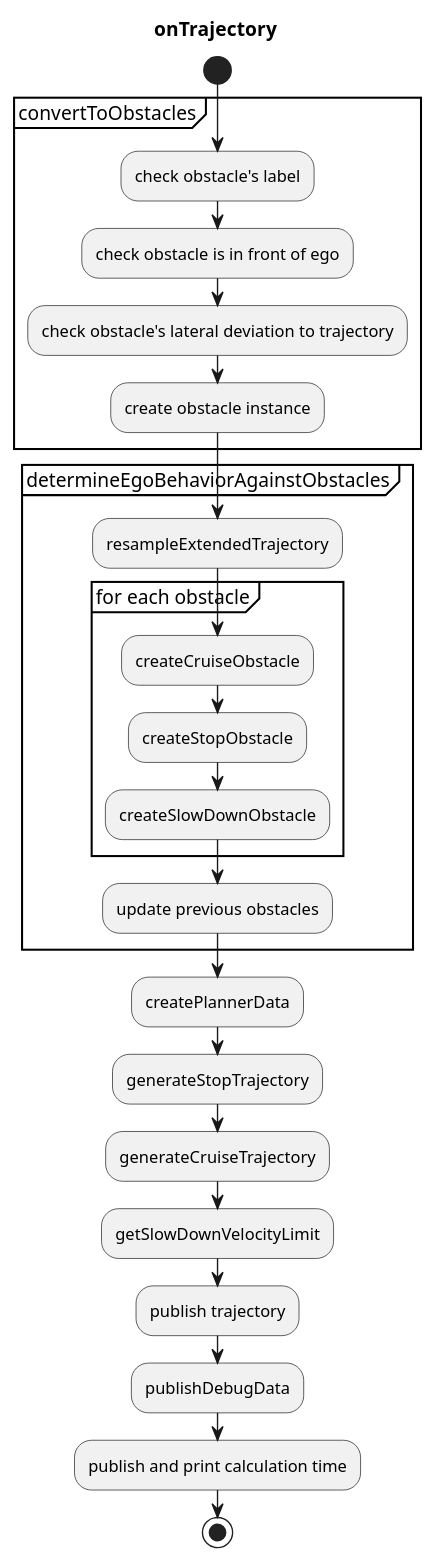
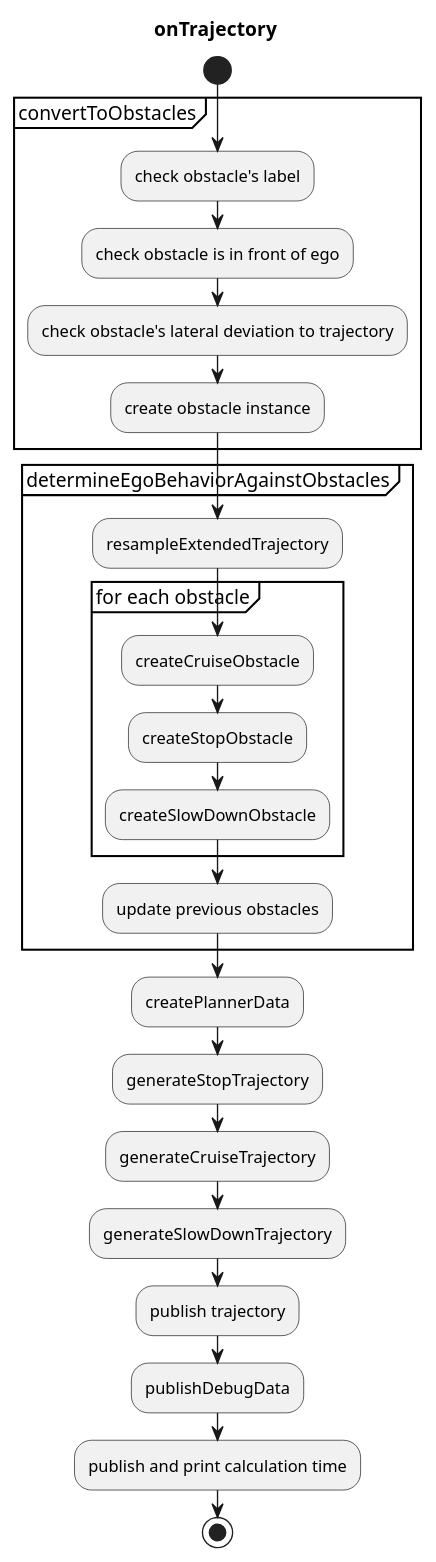
The diagram in planning/obstacle_cruise_planner/README.md (autowarefoundation/autoware.universe), drawn with PlantUML before and after one commit. The commit also changed other lines of this file and 1 other file, not shown here.

````diff
--- a/planning/obstacle_cruise_planner/README.md
+++ b/planning/obstacle_cruise_planner/README.md
@@ -269,39 +269,39 @@
 ```plantuml
 @startuml
 title onTrajectory
 start
 
 group convertToObstacles
   :check obstacle's label;
   :check obstacle is in front of ego;
   :check obstacle's lateral deviation to trajectory;
   :create obstacle instance;
 end group
 
 group determineEgoBehaviorAgainstObstacles
   :resampleExtendedTrajectory;
   group for each obstacle
     :createCruiseObstacle;
     :createStopObstacle;
     :createSlowDownObstacle;
   end group
   :update previous obstacles;
 end group
 
 :createPlannerData;
 
 :generateStopTrajectory;
 
 :generateCruiseTrajectory;
 
-:getSlowDownVelocityLimit;
+:generateSlowDownTrajectory;
 
 :publish trajectory;
 
 :publishDebugData;
 
 :publish and print calculation time;
 
 stop
 @enduml
 ```
````
